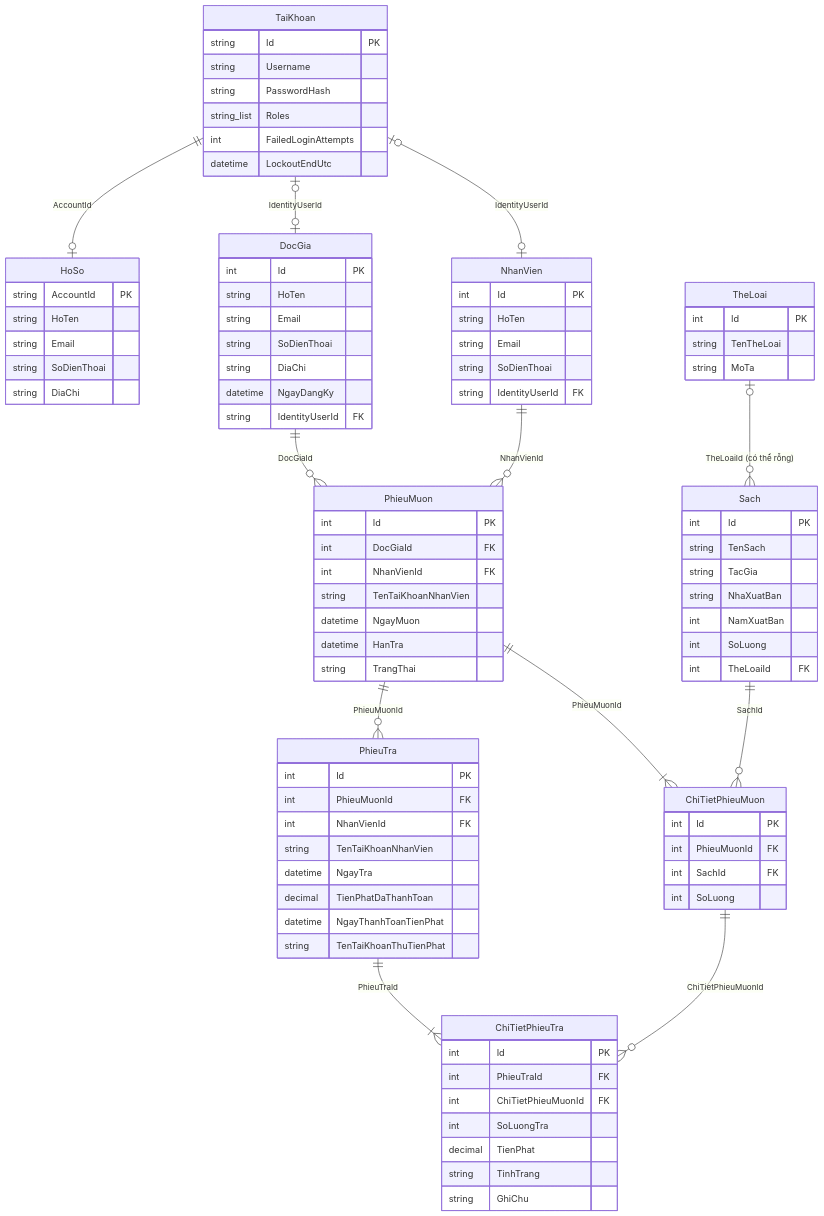
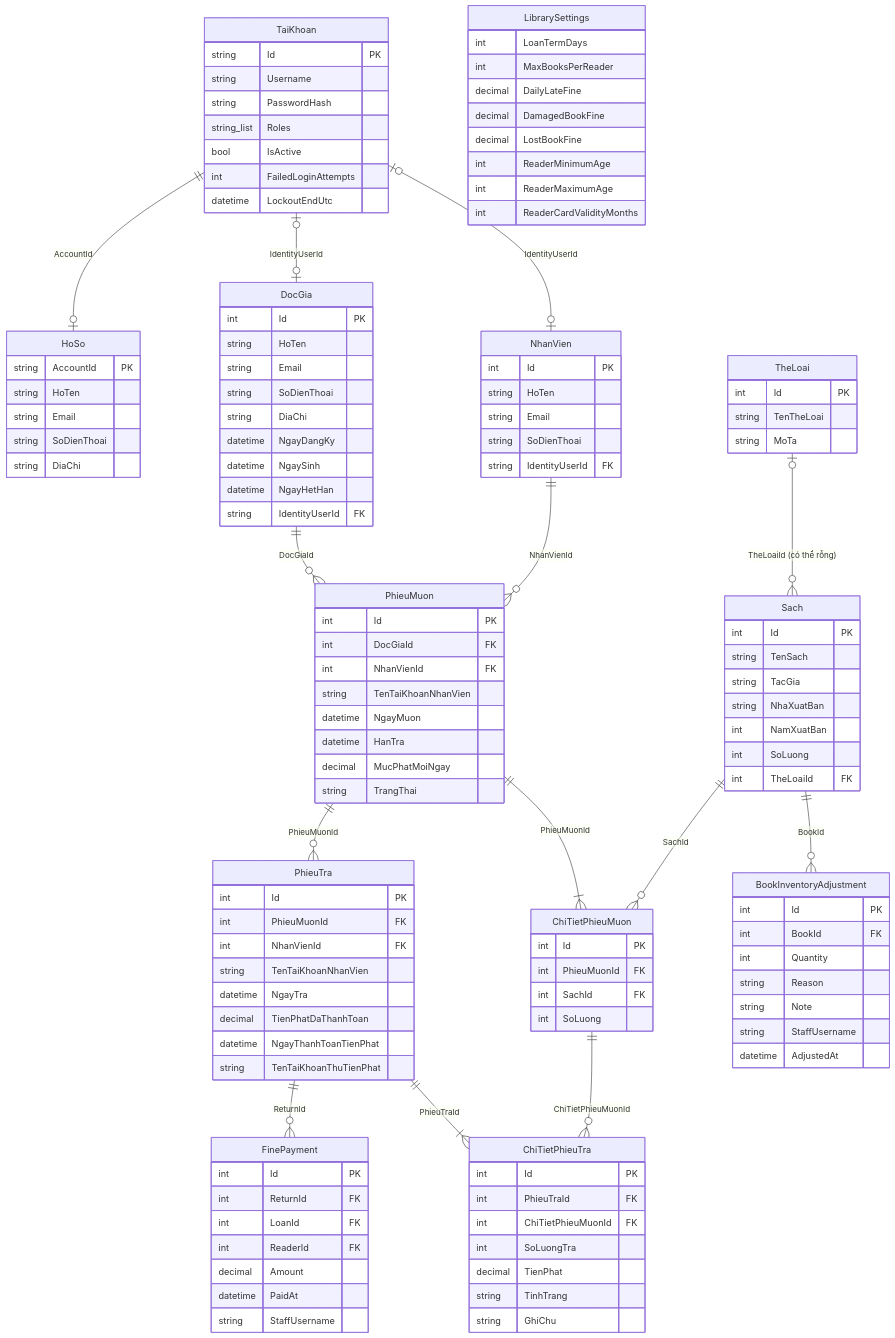
The first of 2 diagrams in docs/ERD.md (KiuKuma/quan-ly-muon-tra-sach-thu-vien), drawn with Mermaid before and after one commit. The commit also changed other lines of this file and 65 other files, not shown here.

````diff
--- a/docs/ERD.md
+++ b/docs/ERD.md
@@ -36,12 +39,15 @@
     PhieuMuon ||--o{ PhieuTra : "PhieuMuonId"
     PhieuTra ||--|{ ChiTietPhieuTra : "PhieuTraId"
     ChiTietPhieuMuon ||--o{ ChiTietPhieuTra : "ChiTietPhieuMuonId"
+    PhieuTra ||--o{ FinePayment : "ReturnId"
+    Sach ||--o{ BookInventoryAdjustment : "BookId"
 
     TaiKhoan {
         string Id PK
         string Username
         string PasswordHash
         string_list Roles
+        bool IsActive
         int FailedLoginAttempts
         datetime LockoutEndUtc
     }
@@ -59,6 +65,8 @@
         string SoDienThoai
         string DiaChi
         datetime NgayDangKy
+        datetime NgaySinh
+        datetime NgayHetHan
         string IdentityUserId FK
     }
     NhanVien {
@@ -89,6 +97,7 @@
         string TenTaiKhoanNhanVien
         datetime NgayMuon
         datetime HanTra
+        decimal MucPhatMoiNgay
         string TrangThai
     }
     ChiTietPhieuMuon {
@@ -116,4 +125,32 @@
         string TinhTrang
         string GhiChu
     }
+    FinePayment {
+        int Id PK
+        int ReturnId FK
+        int LoanId FK
+        int ReaderId FK
+        decimal Amount
+        datetime PaidAt
+        string StaffUsername
+    }
+    BookInventoryAdjustment {
+        int Id PK
+        int BookId FK
+        int Quantity
+        string Reason
+        string Note
+        string StaffUsername
+        datetime AdjustedAt
+    }
+    LibrarySettings {
+        int LoanTermDays
+        int MaxBooksPerReader
+        decimal DailyLateFine
+        decimal DamagedBookFine
+        decimal LostBookFine
+        int ReaderMinimumAge
+        int ReaderMaximumAge
+        int ReaderCardValidityMonths
+    }
 ```
````
